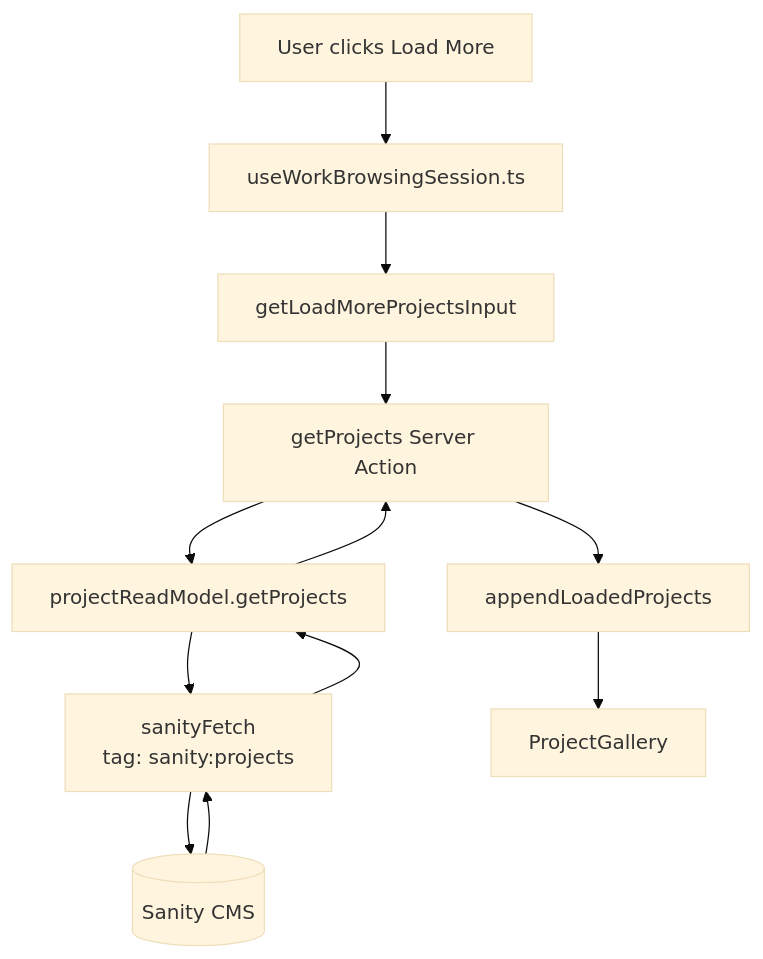
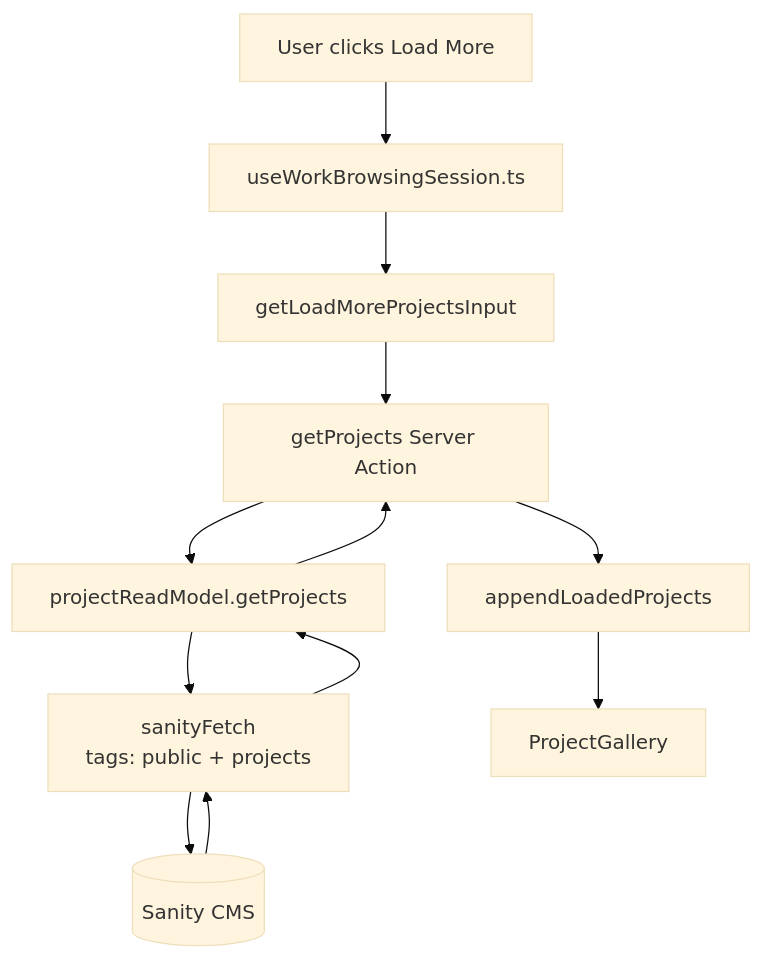
The third of 6 diagrams in docs/data-fetching.md (pinpointpinpoint/style-up-studio), drawn with Mermaid (base theme) before and after one commit. The commit also changed other lines of this file and 124 other files, not shown here.

````diff
--- a/docs/data-fetching.md
+++ b/docs/data-fetching.md
@@ -92,24 +92,24 @@
 ```mermaid
 flowchart TD
     Button[User clicks Load More]
     Session[useWorkBrowsingSession.ts]
     Input[getLoadMoreProjectsInput]
     Action[getProjects Server Action]
     ReadModel[projectReadModel.getProjects]
-    Fetch[sanityFetch<br/>tag: sanity:projects]
+    Fetch[sanityFetch<br/>tags: public + projects]
     Sanity[(Sanity CMS)]
     Append[appendLoadedProjects]
     Gallery[ProjectGallery]
 
     Button --> Session
     Session --> Input
     Input --> Action
     Action --> ReadModel
     ReadModel --> Fetch
     Fetch --> Sanity
     Sanity --> Fetch
     Fetch --> ReadModel
     ReadModel --> Action
     Action --> Append
     Append --> Gallery
 ```
````
